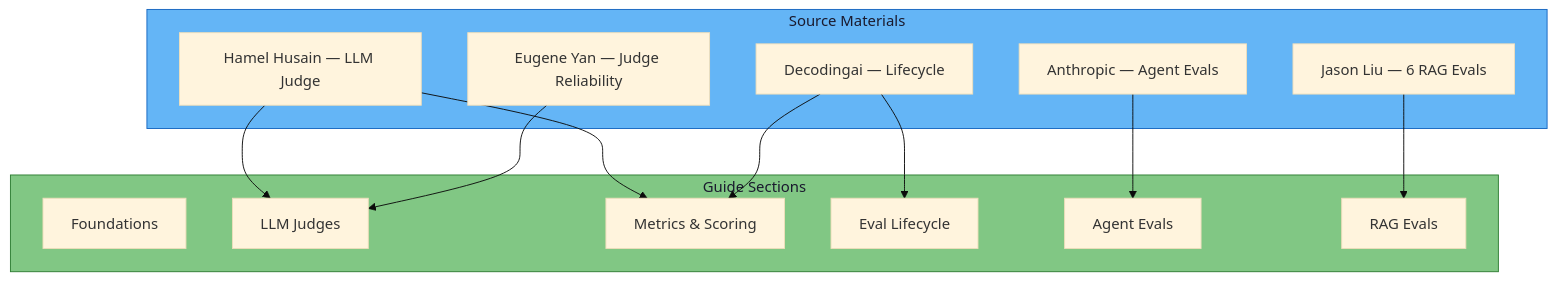
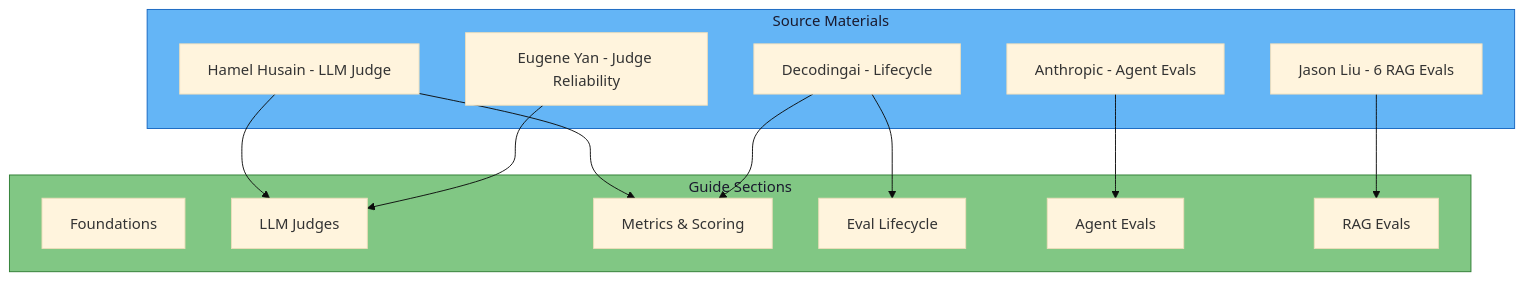
The diagram in docs/references.md (amelie-girard7/ai-evaluators), drawn with Mermaid (base theme) before and after one commit. The commit also changed other lines of this file and 27 other files, not shown here.

````diff
--- a/docs/references.md
+++ b/docs/references.md
@@ -51,30 +51,30 @@
 ```mermaid
 flowchart TD
     subgraph Sources["Source Materials"]
-        H[Hamel Husain — LLM Judge]
-        A[Anthropic — Agent Evals]
-        J[Jason Liu — 6 RAG Evals]
-        D[Decodingai — Lifecycle]
-        E[Eugene Yan — Judge Reliability]
+        H[Hamel Husain - LLM Judge]
+        A[Anthropic - Agent Evals]
+        J[Jason Liu - 6 RAG Evals]
+        D[Decodingai - Lifecycle]
+        E[Eugene Yan - Judge Reliability]
     end
 
     subgraph Guide["Guide Sections"]
         F[Foundations]
         L[LLM Judges]
         M[Metrics & Scoring]
         LC[Eval Lifecycle]
         AG[Agent Evals]
         RA[RAG Evals]
     end
 
     H --> L
     H --> M
     A --> AG
     J --> RA
     D --> LC
     D --> M
     E --> L
 
     style Sources fill:#64B5F6,stroke:#1565C0,color:#1A1A2E
     style Guide fill:#81C784,stroke:#2E7D32,color:#1A1A2E
 ```
````
